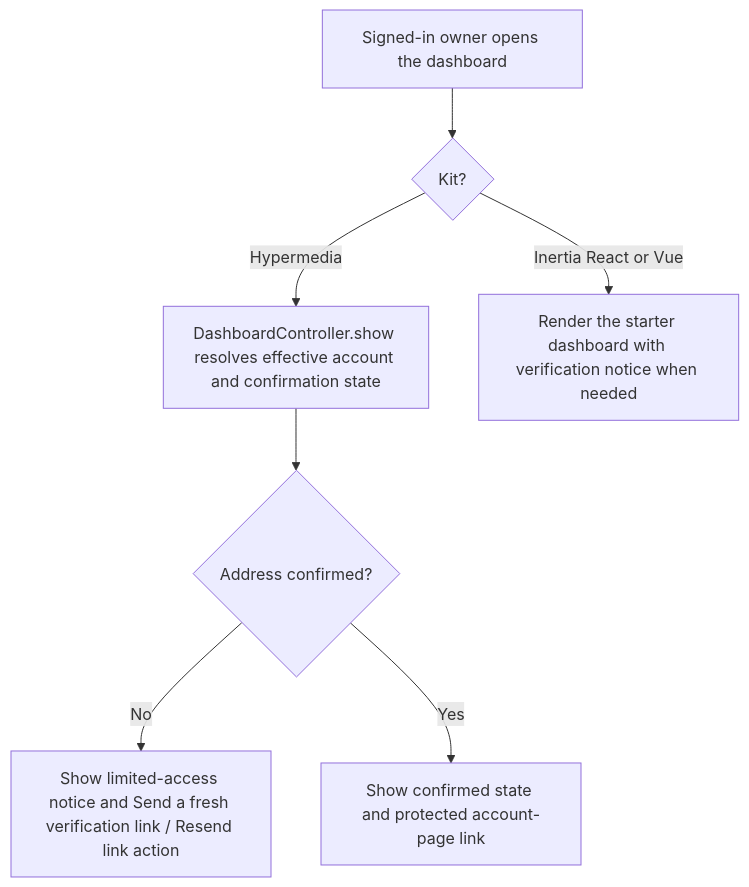
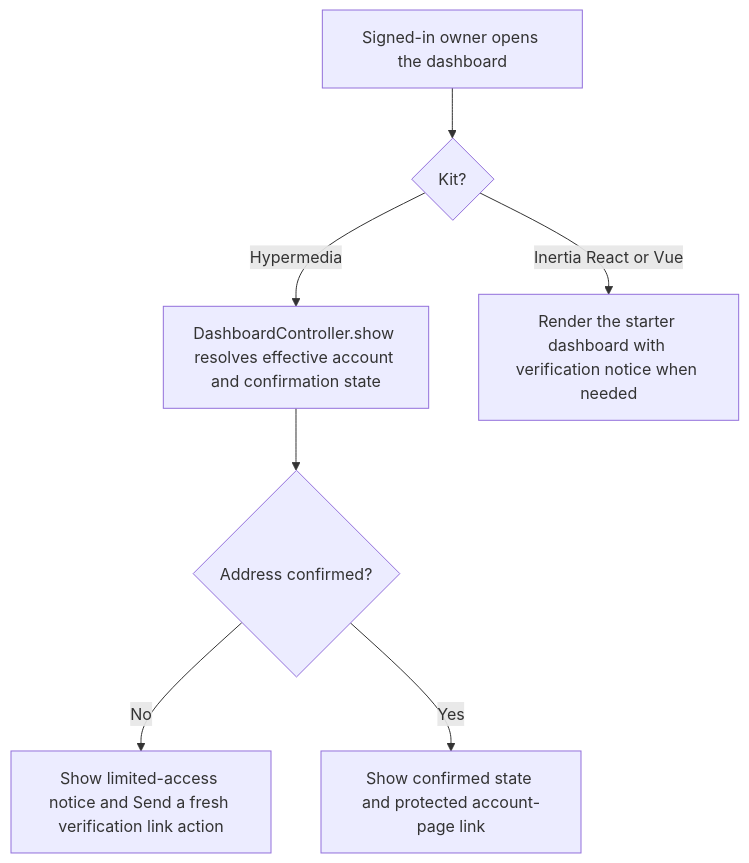
The first of 2 diagrams in user-stories/accounts/us-account-12-open-account-dashboard.md (Kevinjohn/oss-adonisjs-starter-examples), drawn with Mermaid before and after one commit. The commit also changed 3 other files, not shown here.

````diff
--- a/user-stories/accounts/us-account-12-open-account-dashboard.md
+++ b/user-stories/accounts/us-account-12-open-account-dashboard.md
@@ -22,9 +22,9 @@
 ```mermaid
 flowchart TD
     A["Signed-in owner opens the dashboard"] --> B{"Kit?"}
     B -->|Hypermedia| C["DashboardController.show resolves effective account and confirmation state"]
     B -->|Inertia React or Vue| D["Render the starter dashboard with verification notice when needed"]
     C --> E{"Address confirmed?"}
-    E -->|No| F["Show limited-access notice and Send a fresh verification link / Resend link action"]
+    E -->|No| F["Show limited-access notice and Send a fresh verification link action"]
     E -->|Yes| G["Show confirmed state and protected account-page link"]
 ```
````
